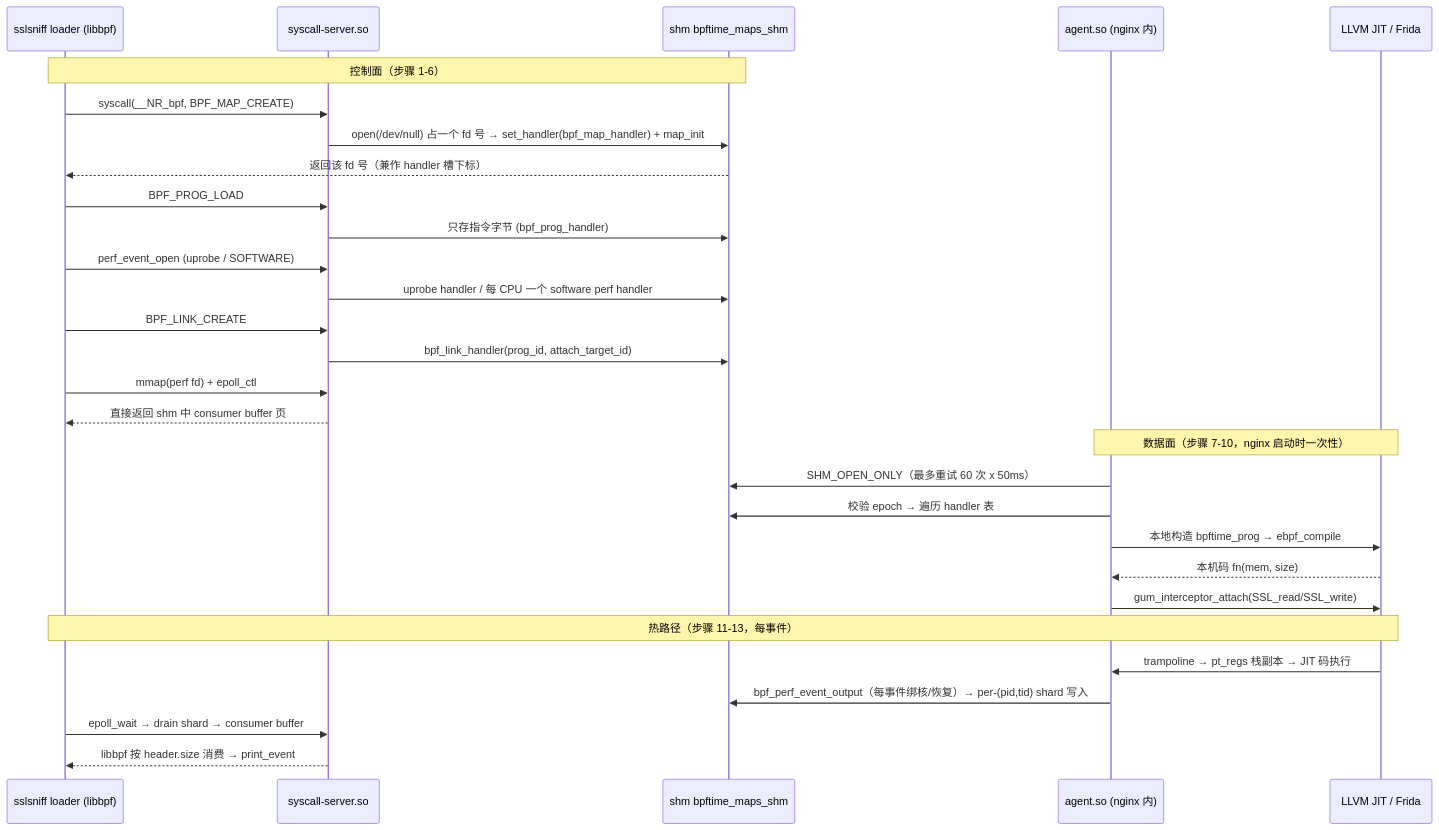
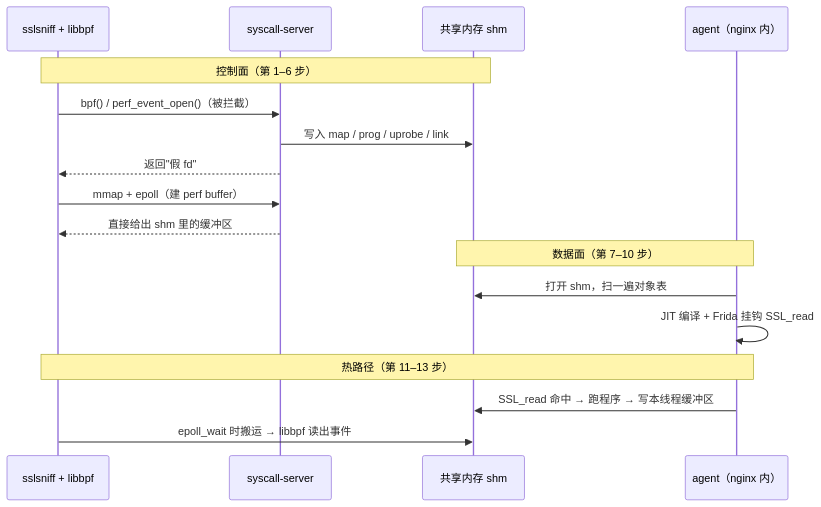
Before and after one commit to plsy1/bpftime-benchmark: the first of 4 diagrams in 01-lifecycle.md, drawn with Mermaid. The commit also changed other lines of this file and 10 other files, not shown here.

````diff
--- a/01-lifecycle.md
+++ b/01-lifecycle.md
@@ -14,34 +36,20 @@
 ```mermaid
 sequenceDiagram
-    participant L as sslsniff loader (libbpf)
-    participant S as syscall-server.so
-    participant M as shm bpftime_maps_shm
-    participant A as agent.so (nginx 内)
-    participant J as LLVM JIT / Frida
+    participant L as sslsniff + libbpf
+    participant S as syscall-server
+    participant M as 共享内存 shm
+    participant A as agent（nginx 内）
 
-    Note over L,M: 控制面（步骤 1-6）
-    L->>S: syscall(__NR_bpf, BPF_MAP_CREATE)
-    S->>M: open(/dev/null) 占一个 fd 号 → set_handler(bpf_map_handler) + map_init
-    M-->>L: 返回该 fd 号（兼作 handler 槽下标）
-    L->>S: BPF_PROG_LOAD
-    S->>M: 只存指令字节 (bpf_prog_handler)
-    L->>S: perf_event_open (uprobe / SOFTWARE)
-    S->>M: uprobe handler / 每 CPU 一个 software perf handler
-    L->>S: BPF_LINK_CREATE
-    S->>M: bpf_link_handler(prog_id, attach_target_id)
-    L->>S: mmap(perf fd) + epoll_ctl
-    S-->>L: 直接返回 shm 中 consumer buffer 页
-
-    Note over A,J: 数据面（步骤 7-10，nginx 启动时一次性）
-    A->>M: SHM_OPEN_ONLY（最多重试 60 次 x 50ms）
-    A->>M: 校验 epoch → 遍历 handler 表
-    A->>J: 本地构造 bpftime_prog → ebpf_compile
-    J-->>A: 本机码 fn(mem, size)
-    A->>J: gum_interceptor_attach(SSL_read/SSL_write)
-
-    Note over J,L: 热路径（步骤 11-13，每事件）
-    J->>A: trampoline → pt_regs 栈副本 → JIT 码执行
-    A->>M: bpf_perf_event_output（每事件绑核/恢复）→ per-(pid,tid) shard 写入
-    L->>S: epoll_wait → drain shard → consumer buffer
-    S-->>L: libbpf 按 header.size 消费 → print_event
+    Note over L,M: 控制面（第 1–6 步）
+    L->>S: bpf() / perf_event_open()（被拦截）
+    S->>M: 写入 map / prog / uprobe / link
+    S-->>L: 返回"假 fd"
+    L->>S: mmap + epoll（建 perf buffer）
+    S-->>L: 直接给出 shm 里的缓冲区
+    Note over M,A: 数据面（第 7–10 步）
+    A->>M: 打开 shm，扫一遍对象表
+    A->>A: JIT 编译 + Frida 挂钩 SSL_read
+    Note over L,A: 热路径（第 11–13 步）
+    A->>M: SSL_read 命中 → 跑程序 → 写本线程缓冲区
+    L->>M: epoll_wait 时搬运 → libbpf 读出事件
 ```
````
